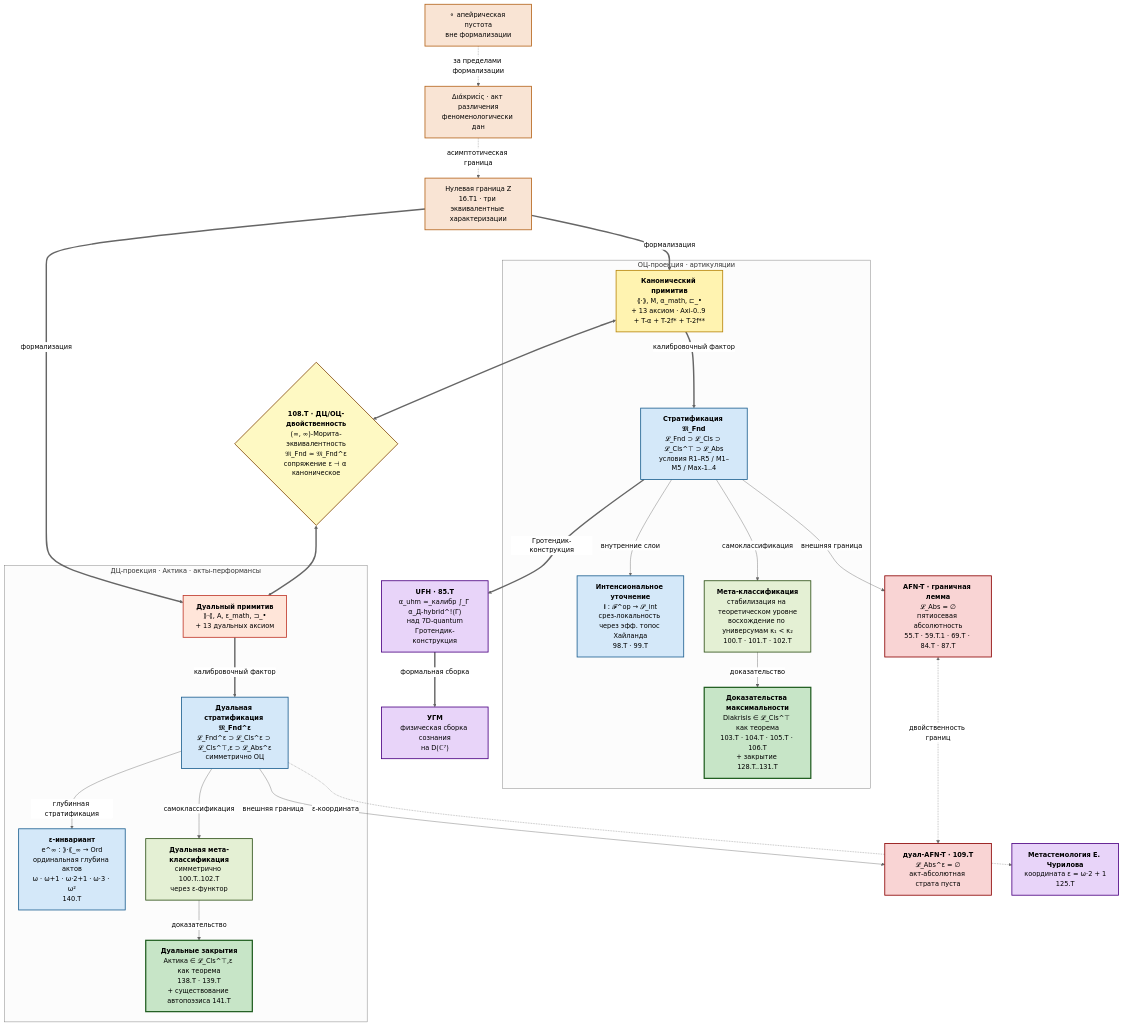
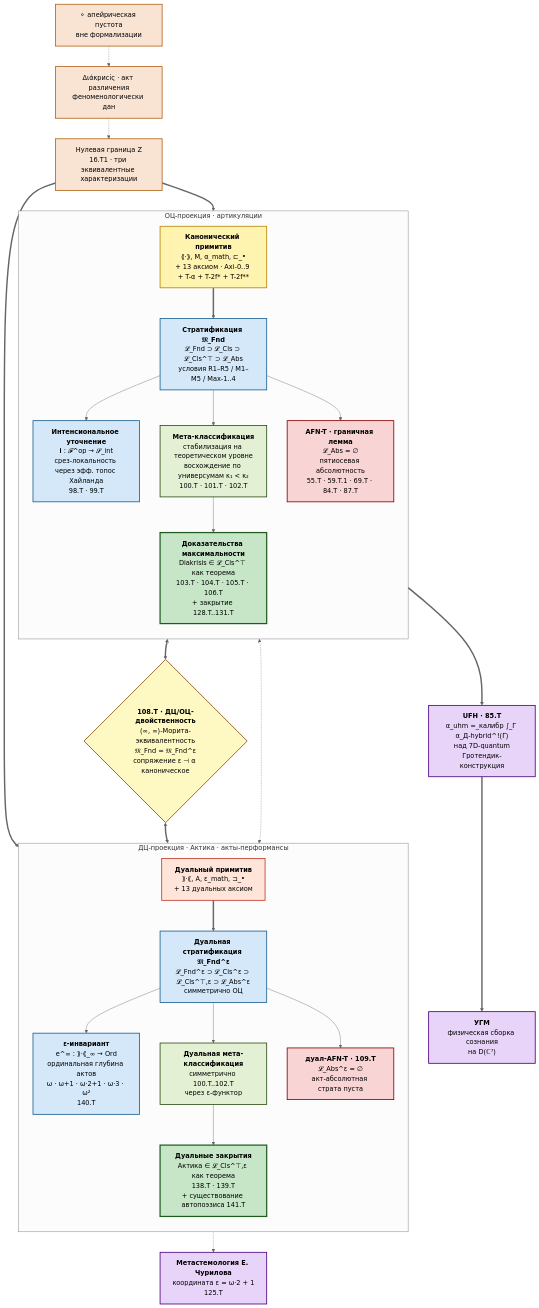
The first of 7 diagrams in docs/intro.md (gst-st/diakrisis), drawn with Mermaid (neutral theme) before and after one commit.

Commit message:
diakrisis: компактная и симметричная раскладка диаграммы архитектуры
Содержание узлов сохранено 1:1 — изменена только layout-логика
для большей симметрии и компактности.

Структурные изменения:
- BOUND_OC и BOUND_AC перенесены внутрь своих subgraph'ов
  (каждая граница принадлежит своей проекции).
- direction TB явно задан внутри каждого subgraph'а — позволяет
  mermaid поставить subgraph'ы рядом по горизонтали.

Связевые изменения:
- Удалены избыточные подписи рёбер (за пределами формализации,
  асимптотическая граница, формализация, калибровочный фактор,
  внутренние слои, самоклассификация, доказательство, внешняя
  граница, глубинная стратификация, Гротендик-конструкция,
  формальная сборка, ε-координата, двойственность границ).
- Многошаговые цепочки разбиты на отдельные стрелки
  (META_OC --> MAX_OC, UFH ==> UHM) — улучшает auto-layout.

Все 13 узлов с полным содержанием сохранены: 3 феноменологических,
5 ОЦ + 5 ДЦ внутри subgraph'ов (включая BOUND), DUALITY-мост,
3 прикладных.

Сборка: 0 broken anchors, 0 broken links.

````diff
--- a/docs/intro.md
+++ b/docs/intro.md
@@ -19,66 +19,66 @@
 ```mermaid
 flowchart TB
     classDef phen fill:#f9e4d4,stroke:#b5651d,stroke-width:2px,color:#000
     classDef oc fill:#fff3b0,stroke:#b8860b,stroke-width:2px,color:#000
     classDef ac fill:#ffe5d9,stroke:#c0392b,stroke-width:2px,color:#000
     classDef struct fill:#d4e8f9,stroke:#1e6091,stroke-width:2px,color:#000
     classDef meta fill:#e4f0d4,stroke:#2d5016,stroke-width:2px,color:#000
     classDef max fill:#c7e5c7,stroke:#1e5c1e,stroke-width:3px,color:#000
     classDef bound fill:#f9d4d4,stroke:#8b0000,stroke-width:2px,color:#000
     classDef asm fill:#e8d4f9,stroke:#4b0082,stroke-width:2px,color:#000
     classDef bridge fill:#fef9c3,stroke:#854d0e,stroke-width:2px,color:#000
 
     APEIRON["⚬ апейрическая пустота<br/>вне формализации"]:::phen
     DIAKRISIS["Διάκрисіς · акт различения<br/>феноменологически дан"]:::phen
     Z["Нулевая граница Z<br/>16.T1 · три эквивалентные характеризации"]:::phen
 
     subgraph OC ["ОЦ-проекция · артикуляции"]
+        direction TB
         PRIM_OC["<b>Канонический примитив</b><br/>⟪·⟫, 𝖬, α_math, ⊏_•<br/>+ 13 аксиом · Axi-0..9 + T-α + T-2f* + T-2f**"]:::oc
         STRAT_OC["<b>Стратификация 𝔐_Fnd</b><br/>𝓛_Fnd ⊃ 𝓛_Cls ⊃ 𝓛_Cls^⊤ ⊃ 𝓛_Abs<br/>условия R1–R5 / M1–M5 / Max-1..4"]:::struct
         INT_OC["<b>Интенсиональное уточнение</b><br/>𝐈 : 𝓕^op → 𝓢_int<br/>срез-локальность через эфф. топос Хайланда<br/>98.T · 99.T"]:::struct
         META_OC["<b>Мета-классификация</b><br/>стабилизация на теоретическом уровне<br/>восхождение по универсумам κ₁ &lt; κ₂<br/>100.T · 101.T · 102.T"]:::meta
         MAX_OC["<b>Доказательства максимальности</b><br/>Diakrisis ∈ 𝓛_Cls^⊤ как теорема<br/>103.T · 104.T · 105.T · 106.T<br/>+ закрытие 128.T..131.T"]:::max
+        BOUND_OC["<b>AFN-T · граничная лемма</b><br/>𝓛_Abs = ∅<br/>пятиосевая абсолютность<br/>55.T · 59.T.1 · 69.T · 84.T · 87.T"]:::bound
     end
 
     subgraph AC ["ДЦ-проекция · Актика · акты-перформансы"]
+        direction TB
         PRIM_AC["<b>Дуальный примитив</b><br/>⟫·⟪, 𝖠, ε_math, ⊐_•<br/>+ 13 дуальных аксиом"]:::ac
         STRAT_AC["<b>Дуальная стратификация 𝔐_Fnd^ε</b><br/>𝓛_Fnd^ε ⊃ 𝓛_Cls^ε ⊃ 𝓛_Cls^⊤,ε ⊃ 𝓛_Abs^ε<br/>симметрично ОЦ"]:::struct
         EPS["<b>ε-инвариант</b><br/>e^∞ : ⟫·⟪_∞ → Ord<br/>ординальная глубина актов<br/>ω · ω+1 · ω·2+1 · ω·3 · ω²<br/>140.T"]:::struct
         META_AC["<b>Дуальная мета-классификация</b><br/>симметрично 100.T..102.T<br/>через ε-функтор"]:::meta
         MAX_AC["<b>Дуальные закрытия</b><br/>Актика ∈ 𝓛_Cls^⊤,ε как теорема<br/>138.T · 139.T<br/>+ существование автопоэзиса 141.T"]:::max
+        BOUND_AC["<b>дуал-AFN-T · 109.T</b><br/>𝓛_Abs^ε = ∅<br/>акт-абсолютная страта пуста"]:::bound
     end
 
     DUALITY{"<b>108.T · ДЦ/ОЦ-двойственность</b><br/>(∞, ∞)-Морита-эквивалентность<br/>𝔐_Fnd ≃ 𝔐_Fnd^ε<br/>сопряжение ε ⊣ α каноническое"}:::bridge
-
-    BOUND_OC["<b>AFN-T · граничная лемма</b><br/>𝓛_Abs = ∅<br/>пятиосевая абсолютность<br/>55.T · 59.T.1 · 69.T · 84.T · 87.T"]:::bound
-    BOUND_AC["<b>дуал-AFN-T · 109.T</b><br/>𝓛_Abs^ε = ∅<br/>акт-абсолютная страта пуста"]:::bound
 
     UFH["<b>UFH · 85.T</b><br/>α_uhm ≃_калибр ∫_Γ α_Д-hybrid^!(Γ)<br/>над 7D-quantum<br/>Гротендик-конструкция"]:::asm
     UHM["<b>УГМ</b><br/>физическая сборка сознания<br/>на D(ℂ⁷)"]:::asm
     METASTEM["<b>Метастемология Е. Чурилова</b><br/>координата ε = ω·2 + 1<br/>125.T"]:::asm
 
-    APEIRON -.->|за пределами формализации| DIAKRISIS
-    DIAKRISIS -.->|асимптотическая граница| Z
-    Z ==>|формализация| PRIM_OC
-    Z ==>|формализация| PRIM_AC
+    APEIRON -.-> DIAKRISIS -.-> Z
+    Z ==> PRIM_OC
+    Z ==> PRIM_AC
 
-    PRIM_OC ==>|калибровочный фактор| STRAT_OC
-    STRAT_OC -->|внутренние слои| INT_OC
-    STRAT_OC -->|самоклассификация| META_OC
-    META_OC -->|доказательство| MAX_OC
-    STRAT_OC -->|внешняя граница| BOUND_OC
+    PRIM_OC ==> STRAT_OC
+    STRAT_OC --> INT_OC
+    STRAT_OC --> META_OC
+    META_OC --> MAX_OC
+    STRAT_OC --> BOUND_OC
 
-    PRIM_AC ==>|калибровочный фактор| STRAT_AC
-    STRAT_AC -->|глубинная стратификация| EPS
-    STRAT_AC -->|самоклассификация| META_AC
-    META_AC -->|доказательство| MAX_AC
-    STRAT_AC -->|внешняя граница| BOUND_AC
+    PRIM_AC ==> STRAT_AC
+    STRAT_AC --> EPS
+    STRAT_AC --> META_AC
+    META_AC --> MAX_AC
+    STRAT_AC --> BOUND_AC
 
     PRIM_OC <==> DUALITY
     DUALITY <==> PRIM_AC
-    BOUND_OC <-.->|двойственность границ| BOUND_AC
+    BOUND_OC <-.-> BOUND_AC
 
-    STRAT_OC ==>|Гротендик-конструкция| UFH
-    UFH ==>|формальная сборка| UHM
-    STRAT_AC -.->|ε-координата| METASTEM
+    STRAT_OC ==> UFH
+    UFH ==> UHM
+    STRAT_AC -.-> METASTEM
 ```
````
